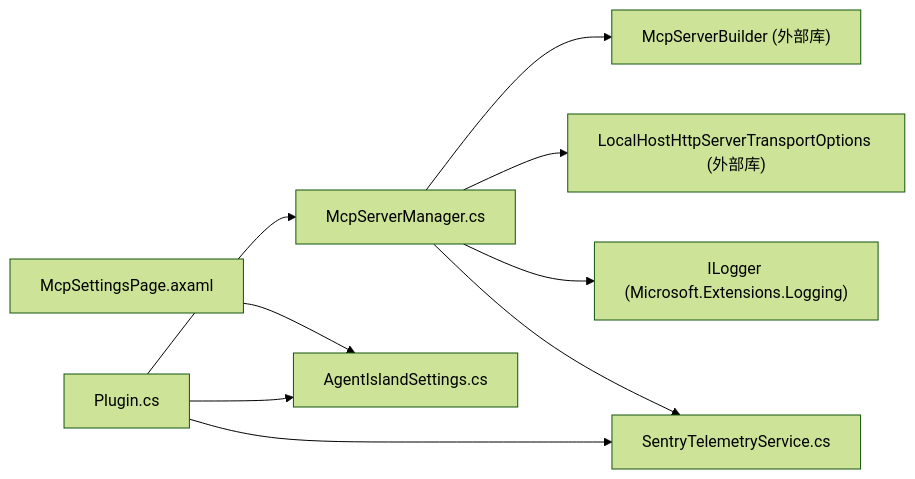
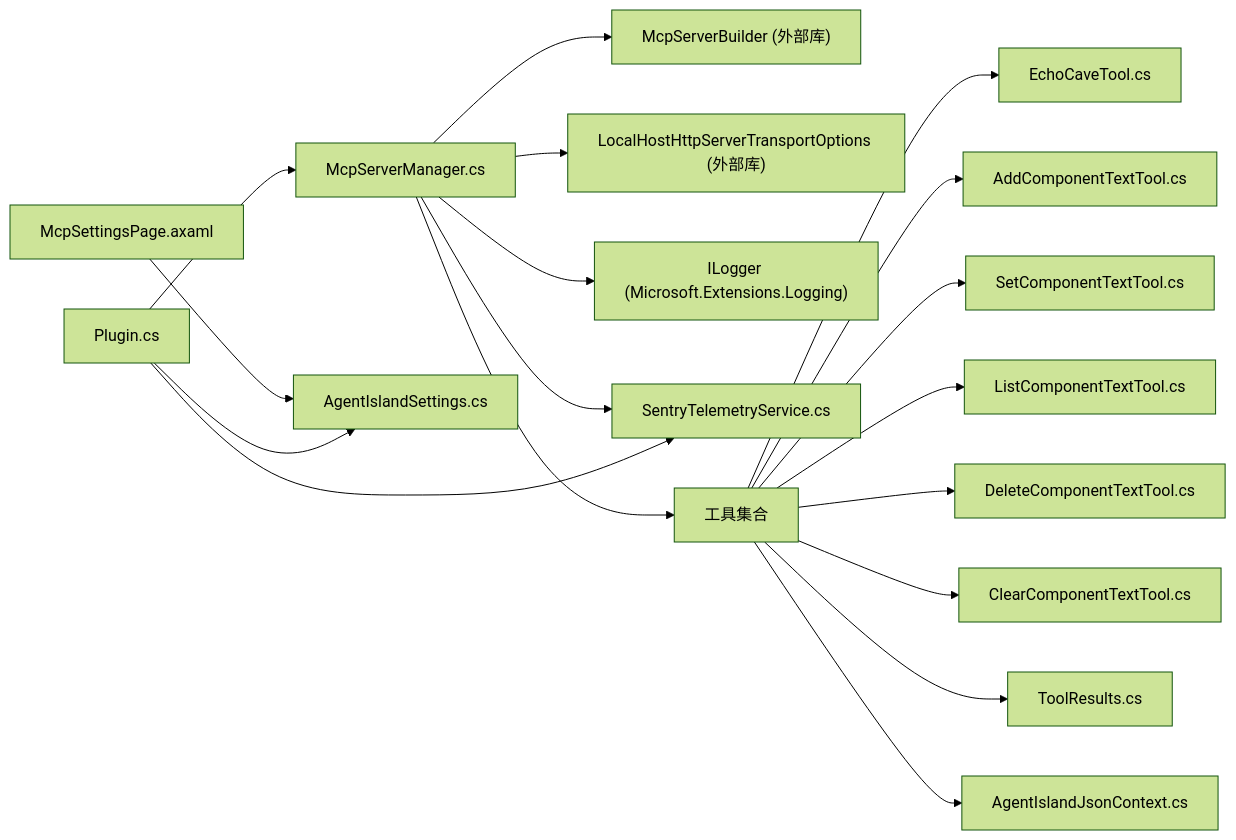
One commit to ShihaoShenDev/AgentIsland changed the fourth of 4 diagrams in .qoder/repowiki/zh/content/MCP 工具服务/MCP 服务器管理.md. Above: the diagram before and after it, drawn with Mermaid (forest theme). The commit also changed other lines of this file and 116 other files, not shown here.

````diff
--- a/.qoder/repowiki/zh/content/MCP 工具服务/MCP 服务器管理.md
+++ b/.qoder/repowiki/zh/content/MCP 工具服务/MCP 服务器管理.md
@@ -266,11 +443,20 @@
 ```mermaid
 graph LR
 Manager["McpServerManager.cs"] --> Builder["McpServerBuilder (外部库)"]
 Manager --> Transport["LocalHostHttpServerTransportOptions (外部库)"]
 Manager --> Logger["ILogger (Microsoft.Extensions.Logging)"]
 Manager --> Telemetry["SentryTelemetryService.cs"]
+Manager --> Tools["工具集合"]
+Tools --> EchoTool["EchoCaveTool.cs"]
+Tools --> AddTool["AddComponentTextTool.cs"]
+Tools --> SetTextTool["SetComponentTextTool.cs"]
+Tools --> ListTool["ListComponentTextTool.cs"]
+Tools --> DeleteTool["DeleteComponentTextTool.cs"]
+Tools --> ClearTool["ClearComponentTextTool.cs"]
+Tools --> ToolResults["ToolResults.cs"]
+Tools --> JsonContext["AgentIslandJsonContext.cs"]
 Plugin["Plugin.cs"] --> Manager
 Plugin --> Telemetry
 UI["McpSettingsPage.axaml"] --> Settings["AgentIslandSettings.cs"]
 Plugin --> Settings
 ```
````
